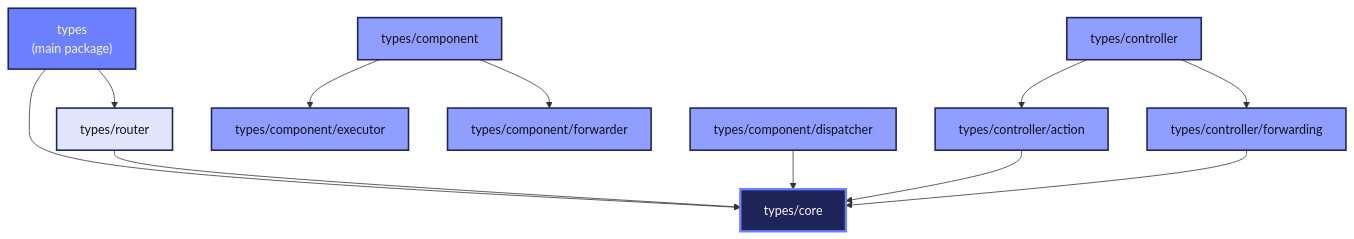
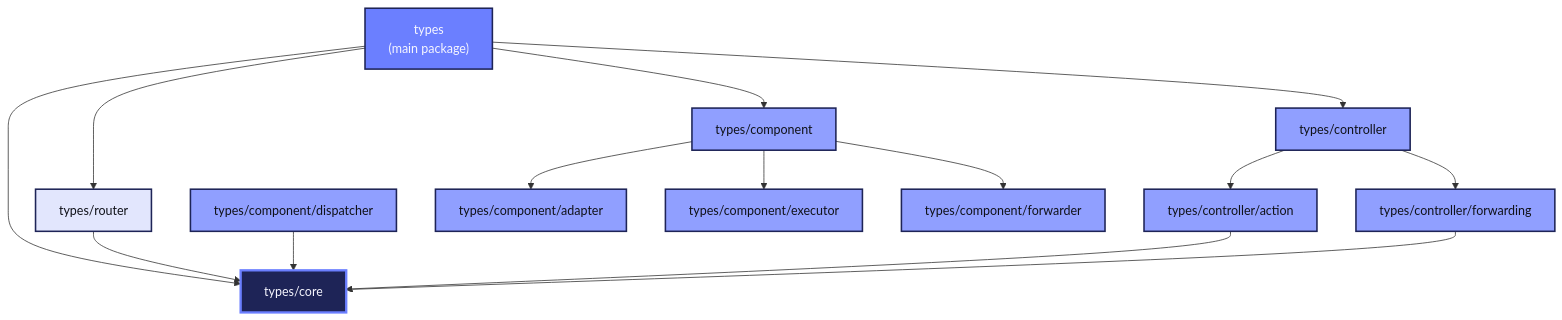
The diagram in docs/dependencies.md (noble-assets/orbiter), drawn with Mermaid before and after one commit. The commit also changed 24 other files, not shown here.

````diff
--- a/docs/dependencies.md
+++ b/docs/dependencies.md
@@ -5,38 +5,43 @@
 ```mermaid
 graph TD
       %% Define the style classes using Noble brand colors
       classDef coreClass fill:#1E2457,stroke:#6B7FFF,stroke-width:3px,color:#F6F6FE
       classDef mainClass fill:#6B7FFF,stroke:#1E2457,stroke-width:2px,color:#F6F6FE
       classDef subClass fill:#909FFF,stroke:#1E2457,stroke-width:2px,color:#101219
       classDef routerClass fill:#E2E6FD,stroke:#1E2457,stroke-width:2px,color:#101219
 
       %% Package nodes
       TYPES["types<br/>(main package)"]
       CORE["types/core"]
       ROUTER["types/router"]
       COMPONENT["types/component"]
+      COMP_ADAPT["types/component/adapter"]
       COMP_DISP["types/component/dispatcher"]
       COMP_EXEC["types/component/executor"]
       COMP_FORW["types/component/forwarder"]
       CONTROLLER["types/controller"]
       CTRL_ACTION["types/controller/action"]
       CTRL_FORW["types/controller/forwarding"]
 
       %% Dependencies
       TYPES --> CORE
       TYPES --> ROUTER
+      TYPES --> COMPONENT
+      TYPES --> CONTROLLER
+
       ROUTER --> CORE
+      COMPONENT --> COMP_ADAPT
       COMPONENT --> COMP_EXEC
       COMPONENT --> COMP_FORW
       COMP_DISP --> CORE
       CONTROLLER --> CTRL_ACTION
       CONTROLLER --> CTRL_FORW
       CTRL_ACTION --> CORE
       CTRL_FORW --> CORE
 
       %% Apply styles
       class CORE coreClass
       class TYPES mainClass
       class ROUTER routerClass
-      class COMPONENT,COMP_DISP,COMP_EXEC,COMP_FORW,CONTROLLER,CTRL_ACTION,CTRL_FORW subClass
+      class COMPONENT,COMP_ADAPT,COMP_DISP,COMP_EXEC,COMP_FORW,CONTROLLER,CTRL_ACTION,CTRL_FORW subClass
 ```
````
